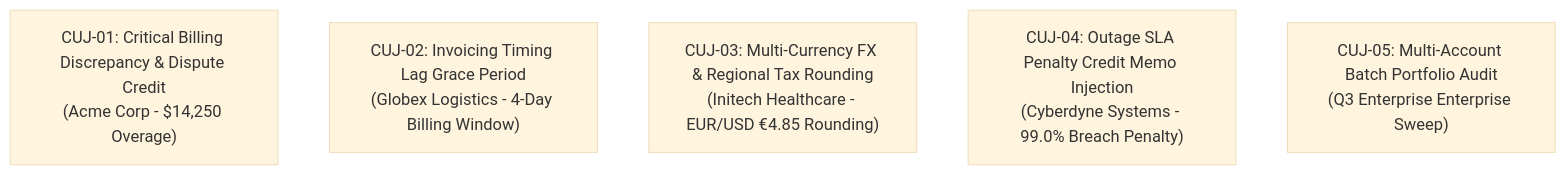
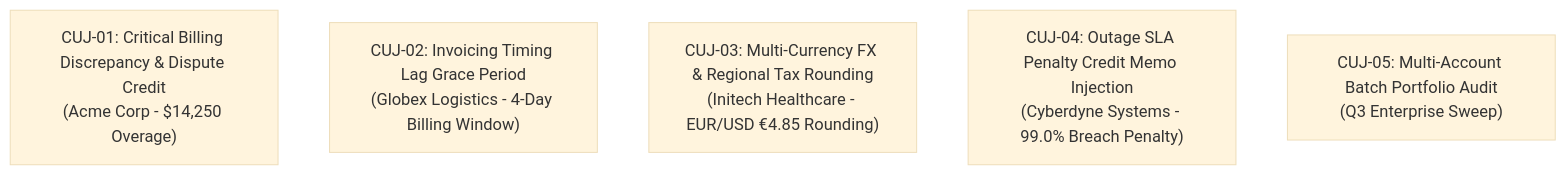
The second of 2 diagrams in docs/critical_user_journeys.md (tiaaburton/Data-Recon-Agent), drawn with Mermaid (base theme) before and after one commit. The commit also changed other lines of this file and 15 other files, not shown here.

Commit message:
refactor(docs): eliminate SAP and standardize exclusively on 2-way Salesforce-ServiceNow reconciliation across entire architecture

````diff
--- a/docs/critical_user_journeys.md
+++ b/docs/critical_user_journeys.md
@@ -43,8 +43,8 @@
 ```mermaid
 graph TD
     CUJ1["CUJ-01: Critical Billing Discrepancy & Dispute Credit<br/>(Acme Corp - $14,250 Overage)"]
     CUJ2["CUJ-02: Invoicing Timing Lag Grace Period<br/>(Globex Logistics - 4-Day Billing Window)"]
     CUJ3["CUJ-03: Multi-Currency FX & Regional Tax Rounding<br/>(Initech Healthcare - EUR/USD €4.85 Rounding)"]
     CUJ4["CUJ-04: Outage SLA Penalty Credit Memo Injection<br/>(Cyberdyne Systems - 99.0% Breach Penalty)"]
-    CUJ5["CUJ-05: Multi-Account Batch Portfolio Audit<br/>(Q3 Enterprise Enterprise Sweep)"]
+    CUJ5["CUJ-05: Multi-Account Batch Portfolio Audit<br/>(Q3 Enterprise Sweep)"]
 ```
````
